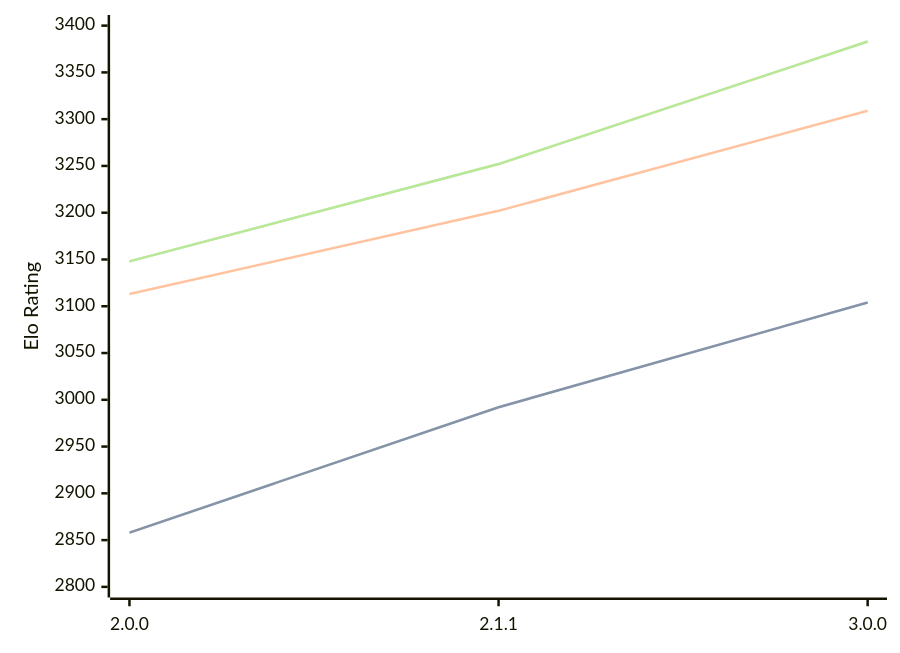
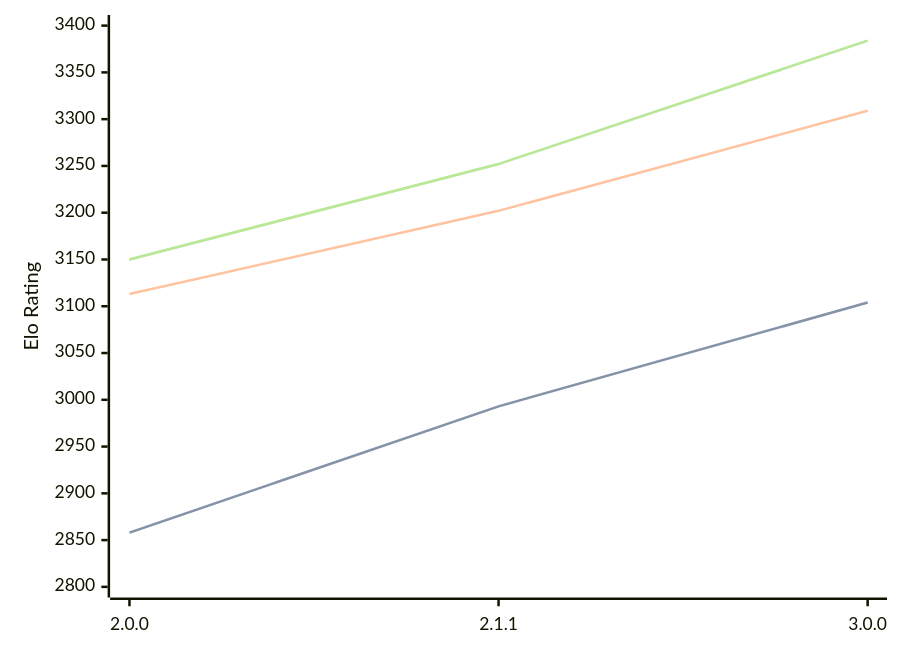
One commit to computer-chess-index/cci changed the diagram in engines/Bread.md. Above: the diagram before and after it, drawn with Mermaid. The commit also changed other lines of this file, not shown here.

Commit message:
Update CCI Ratings (ELO VLTC) - 2026-08-23

````diff
--- a/engines/Bread.md
+++ b/engines/Bread.md
@@ -36,11 +36,11 @@
 ```mermaid
 %%{init: {"theme":"base","themeVariables":{"seriesColors:['#a3a3a3','#222221','#faa371']}}}%%
 xychart-beta
   x-axis ["2.0.0", "2.1.1", "3.0.0"]
   y-axis "Elo Rating" 2800 --> 3400
-  line "STC (8.0+0.08s)" [2858, 2992, 3104]
-  line "STC (8.0+0.08s)" [2858, 2992, 3104]
+  line "STC (8.0+0.08s)" [2858, 2993, 3104]
+  line "STC (8.0+0.08s)" [2858, 2993, 3104]
   line "LTC (60.0+0.60s)" [3113, 3202, 3309]
-  line "VLTC (2m24s+1.12s)" [3148, 3252, 3383]
-  line "VLTC (2m24s+1.12s)" [3148, 3252, 3383]
+  line "VLTC (2m24s+1.12s)" [3150, 3252, 3384]
+  line "VLTC (2m24s+1.12s)" [3150, 3252, 3384]
 ```
````
